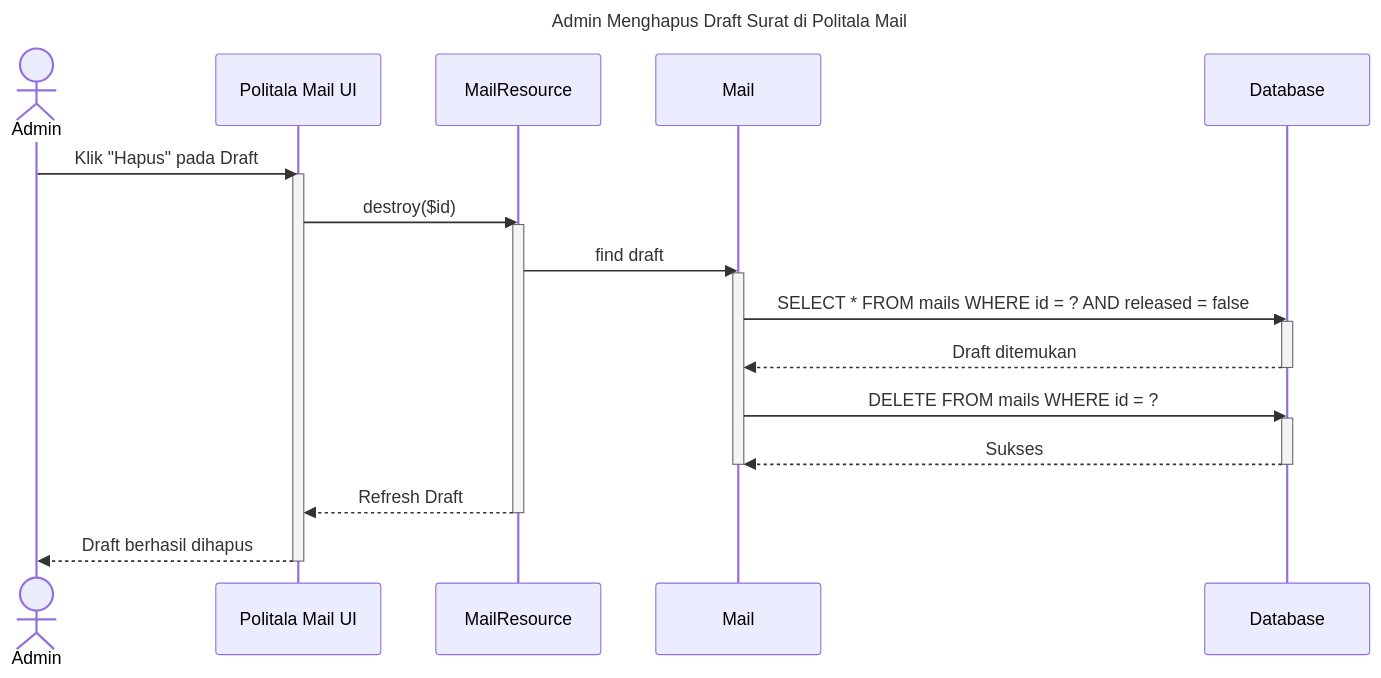
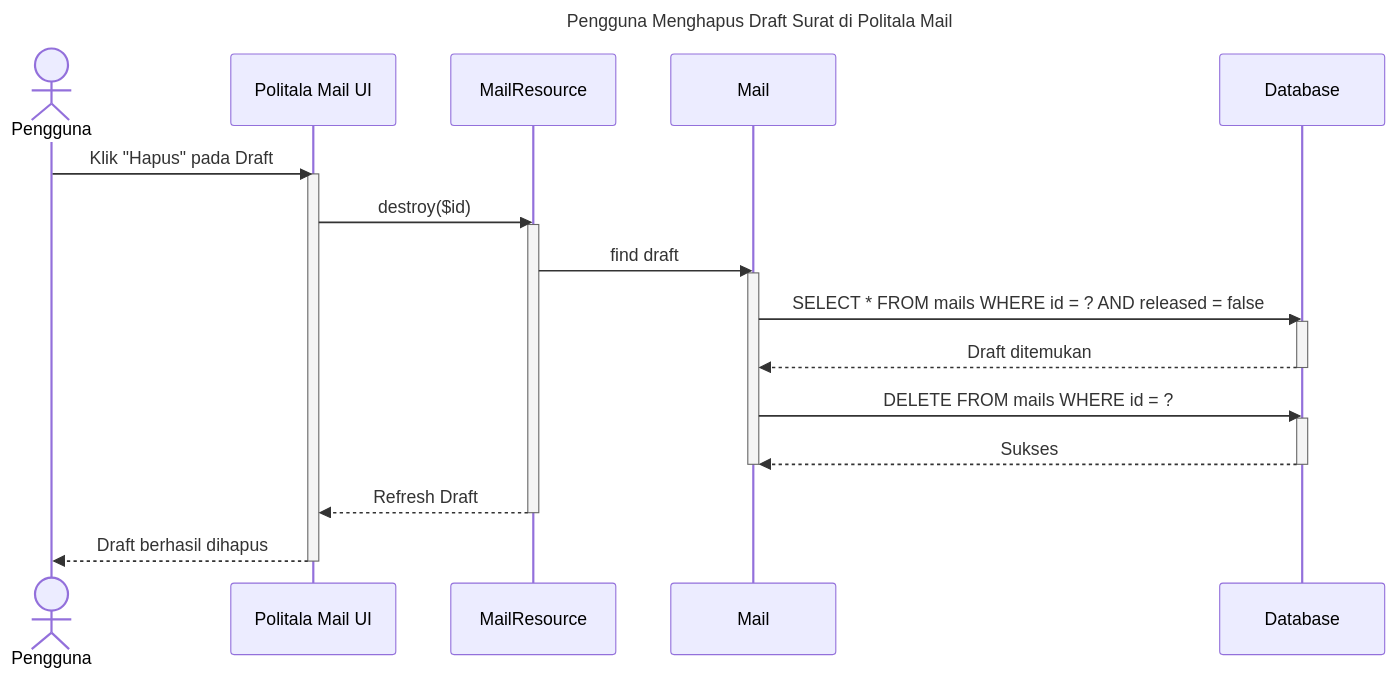
Before and after one commit to davidhadinugroho24601/UML-politala-mail: the diagram in Manage Sent Mails/delete draft.md, drawn with Mermaid. The commit also changed 8 other files, not shown here.

````diff
--- a/Manage Sent Mails/delete draft.md
+++ b/Manage Sent Mails/delete draft.md
@@ -1,33 +1,33 @@
 ```mermaid
 
 sequenceDiagram
-    title Admin Menghapus Draft Surat di Politala Mail
+    title Pengguna Menghapus Draft Surat di Politala Mail
 
-    actor Admin
+    actor Pengguna
     participant FilamentUI as Politala Mail UI
     participant MailResource
     participant MailModel as Mail
     participant DB as Database
 
-    Admin ->> FilamentUI: Klik "Hapus" pada Draft
+    Pengguna ->> FilamentUI: Klik "Hapus" pada Draft
     activate FilamentUI
     FilamentUI ->> MailResource: destroy($id)
     activate MailResource
     MailResource ->> MailModel: find draft
     activate MailModel
     MailModel ->> DB: SELECT * FROM mails WHERE id = ? AND released = false
     activate DB
     DB -->> MailModel: Draft ditemukan
     deactivate DB
     MailModel ->> DB: DELETE FROM mails WHERE id = ?
     activate DB
     DB -->> MailModel: Sukses
     deactivate DB
     deactivate MailModel
     MailResource -->> FilamentUI: Refresh Draft
     deactivate MailResource
-    FilamentUI -->> Admin: Draft berhasil dihapus
+    FilamentUI -->> Pengguna: Draft berhasil dihapus
     deactivate FilamentUI
 
 
 ```
````
